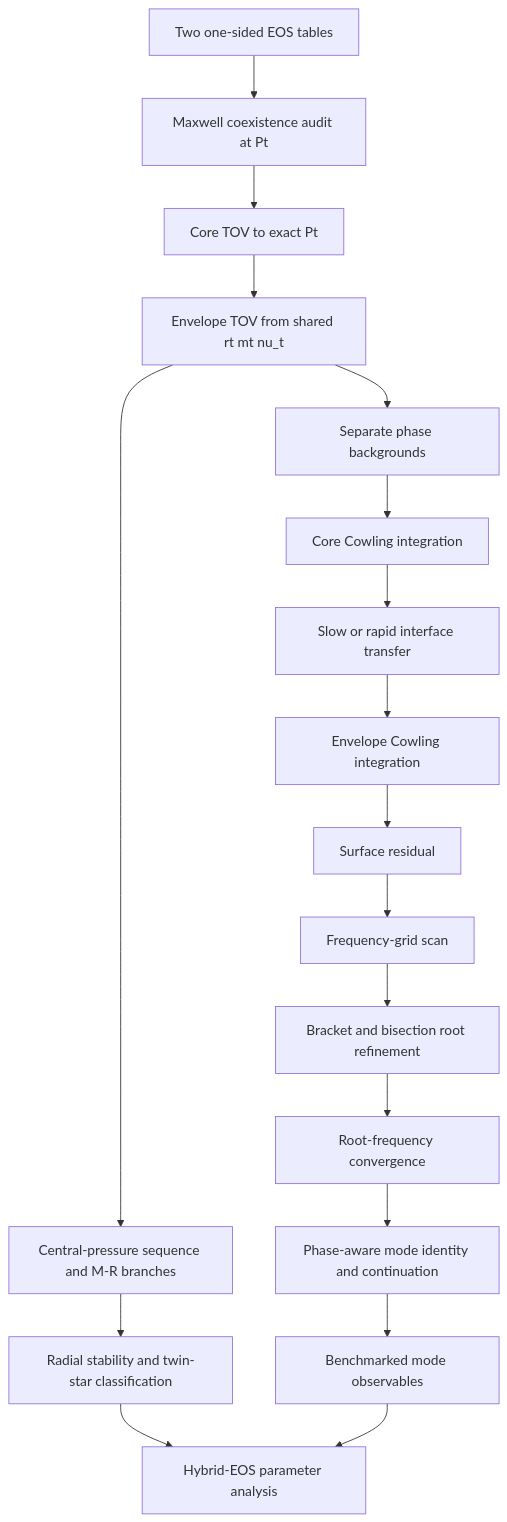
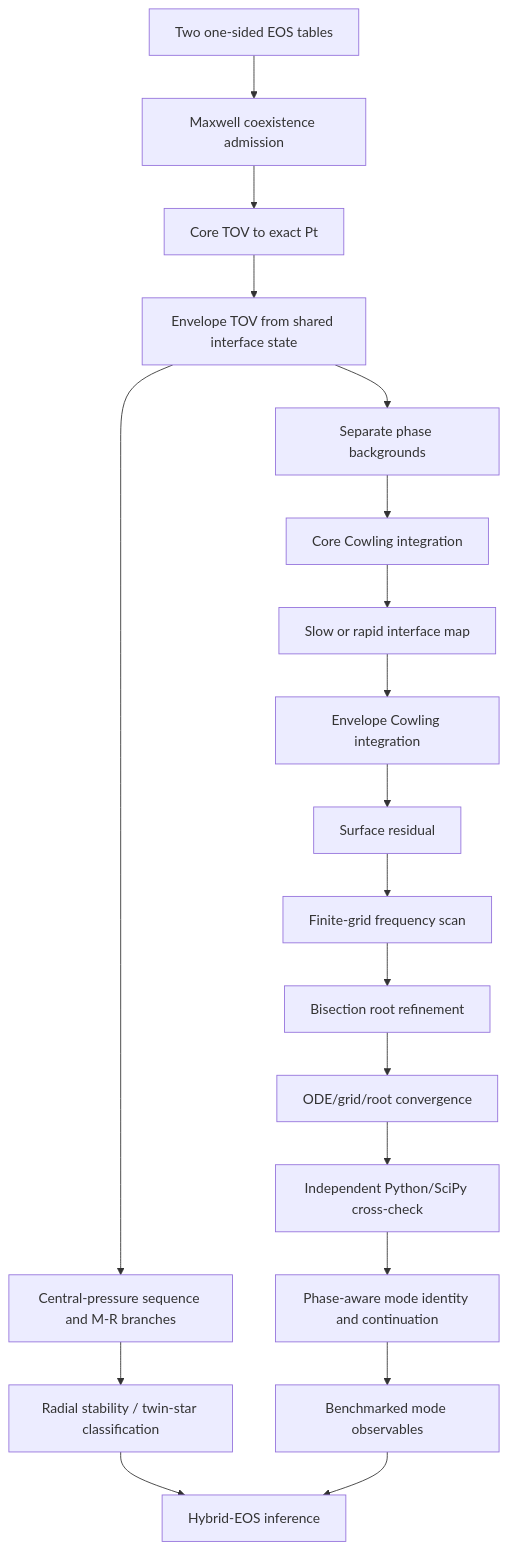
Before and after one commit to cosmosapjw-quantum/NS_Cowling: the diagram in docs/MAXWELL_NATIVE_FORTRAN_DAG_20261109.md, drawn with Mermaid. The commit also changed other lines of this file and 5 other files, not shown here.

Commit message:
docs: publish Maxwell convergence and SciPy cross-validation evidence

````diff
--- a/docs/MAXWELL_NATIVE_FORTRAN_DAG_20261109.md
+++ b/docs/MAXWELL_NATIVE_FORTRAN_DAG_20261109.md
@@ -12,20 +12,21 @@
 ```mermaid
 flowchart TD
-  A[Two one-sided EOS tables] --> B[Maxwell coexistence audit at Pt]
+  A[Two one-sided EOS tables] --> B[Maxwell coexistence admission]
   B --> C[Core TOV to exact Pt]
-  C --> D[Envelope TOV from shared rt mt nu_t]
+  C --> D[Envelope TOV from shared interface state]
   D --> E[Separate phase backgrounds]
   E --> F[Core Cowling integration]
-  F --> G[Slow or rapid interface transfer]
+  F --> G[Slow or rapid interface map]
   G --> H[Envelope Cowling integration]
   H --> I[Surface residual]
-  I --> J1[Frequency-grid scan]
-  J1 --> J2[Bracket and bisection root refinement]
-  J2 --> J3[Root-frequency convergence]
-  J3 --> J4[Phase-aware mode identity and continuation]
+  I --> J1[Finite-grid frequency scan]
+  J1 --> J2[Bisection root refinement]
+  J2 --> J3[ODE/grid/root convergence]
+  J3 --> J4[Independent Python/SciPy cross-check]
+  J4 --> J5[Phase-aware mode identity and continuation]
   D --> K[Central-pressure sequence and M-R branches]
-  K --> L[Radial stability and twin-star classification]
-  J4 --> M[Benchmarked mode observables]
-  L --> N[Hybrid-EOS parameter analysis]
+  K --> L[Radial stability / twin-star classification]
+  J5 --> M[Benchmarked mode observables]
+  L --> N[Hybrid-EOS inference]
   M --> N
 ```
````
